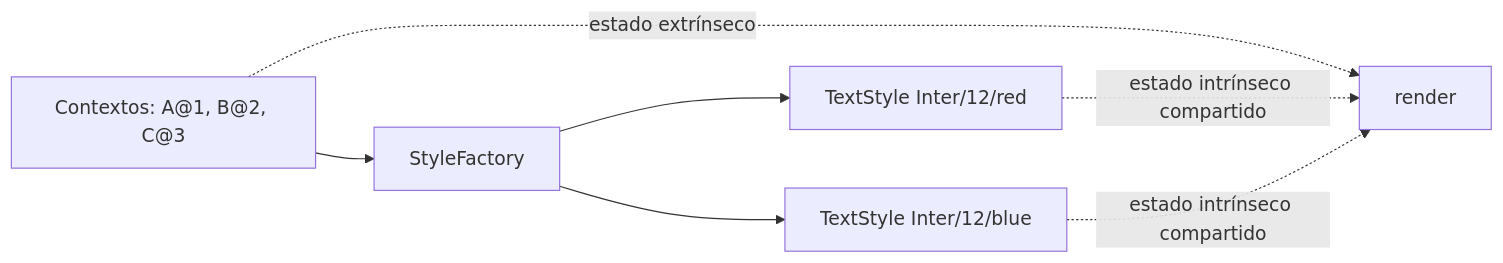
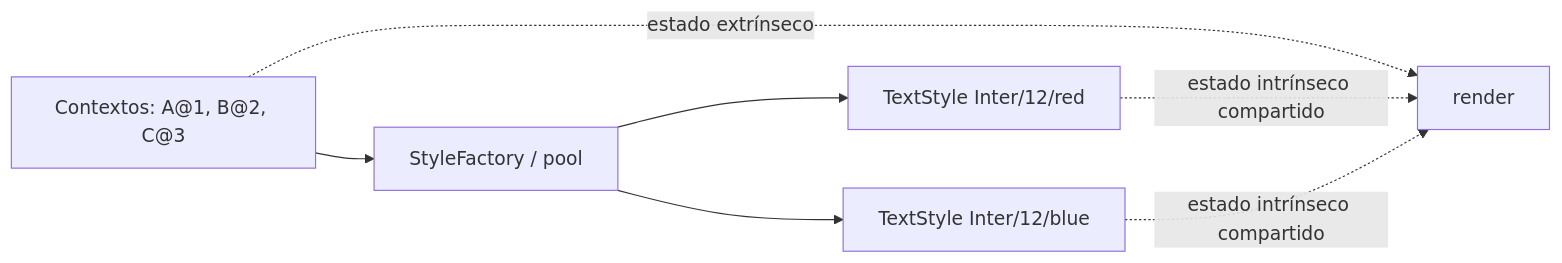
The diagram in wiki/Flyweight.md (ChicoDotNet/Genkidama), drawn with Mermaid before and after one commit. The commit also changed other lines of this file, not shown here.

````diff
--- a/wiki/Flyweight.md
+++ b/wiki/Flyweight.md
@@ -50,9 +49,9 @@
 ```mermaid
 flowchart LR
-    C[Contextos: A@1, B@2, C@3] --> F[StyleFactory]
+    C[Contextos: A@1, B@2, C@3] --> F[StyleFactory / pool]
     F --> R[TextStyle Inter/12/red]
     F --> B[TextStyle Inter/12/blue]
     C -. estado extrínseco .-> U[render]
     R -. estado intrínseco compartido .-> U
     B -. estado intrínseco compartido .-> U
 ```
````
